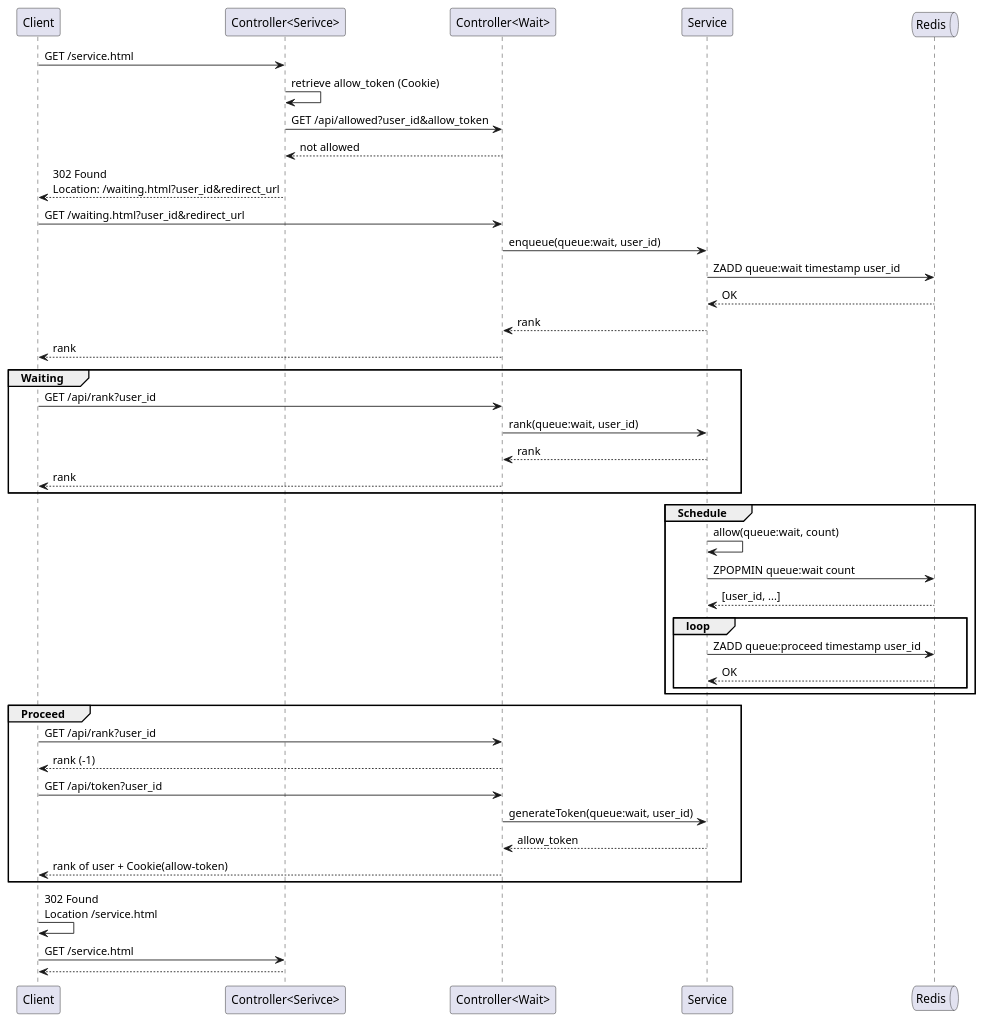
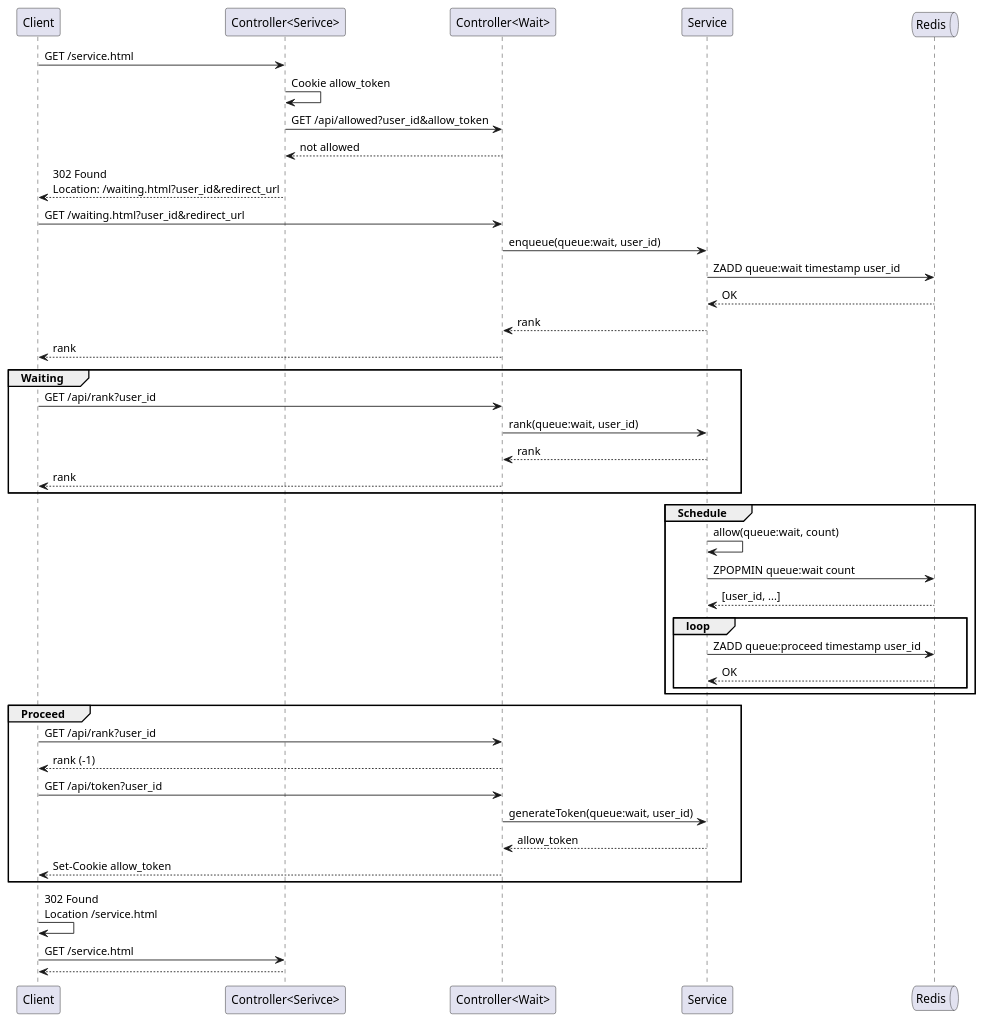
One commit to yanghoon/obsidian-workspace changed the diagram in _diary/2024-06-08.md. Above: the diagram before and after it, drawn with PlantUML.

Commit message:
vault backup: 2024-06-09 19:47:07

````diff
--- a/_diary/2024-06-08.md
+++ b/_diary/2024-06-08.md
@@ -11,55 +11,55 @@
 ```plantuml
 @startuml
 
 participant Client
 participant "Controller<Serivce>" as ServiceController
 participant "Controller<Wait>" as Controller
 participant Service
 queue Redis
 
 Client -> ServiceController: GET /service.html
-  ServiceController -> ServiceController: retrieve allow_token (Cookie)
+  ServiceController -> ServiceController: Cookie allow_token
   ServiceController -> Controller: GET /api/allowed?user_id&allow_token
   ServiceController <-- Controller: not allowed
 Client <-- ServiceController: 302 Found\nLocation: /waiting.html?user_id&redirect_url
 
 Client -> Controller: GET /waiting.html?user_id&redirect_url
   Controller -> Service: enqueue(queue:wait, user_id)
     Service -> Redis: ZADD queue:wait timestamp user_id
     Service <-- Redis: OK
   Controller <-- Service: rank
 Client <-- Controller: rank
 
 group Waiting
   Client -> Controller: GET /api/rank?user_id
     Controller -> Service: rank(queue:wait, user_id)
     Controller <-- Service: rank
   Client <-- Controller: rank
 end
 
 group Schedule
   Service -> Service: allow(queue:wait, count)
   Service -> Redis: ZPOPMIN queue:wait count
   Service <-- Redis: [user_id, ...]
   loop
     Service -> Redis: ZADD queue:proceed timestamp user_id
     Service <-- Redis: OK
   end
 end
 
 group Proceed
   Client -> Controller: GET /api/rank?user_id
   Client <-- Controller: rank (-1)
 
   Client -> Controller: GET /api/token?user_id
     Controller -> Service: generateToken(queue:wait, user_id)
     Controller <-- Service: allow_token
-  Client <-- Controller: rank of user + Cookie(allow-token)
+  Client <-- Controller: Set-Cookie allow_token
 end
 
 Client -> Client: 302 Found\nLocation /service.html
 Client -> ServiceController: GET /service.html
 Client <-- ServiceController
 
 @enduml
 ```
````
